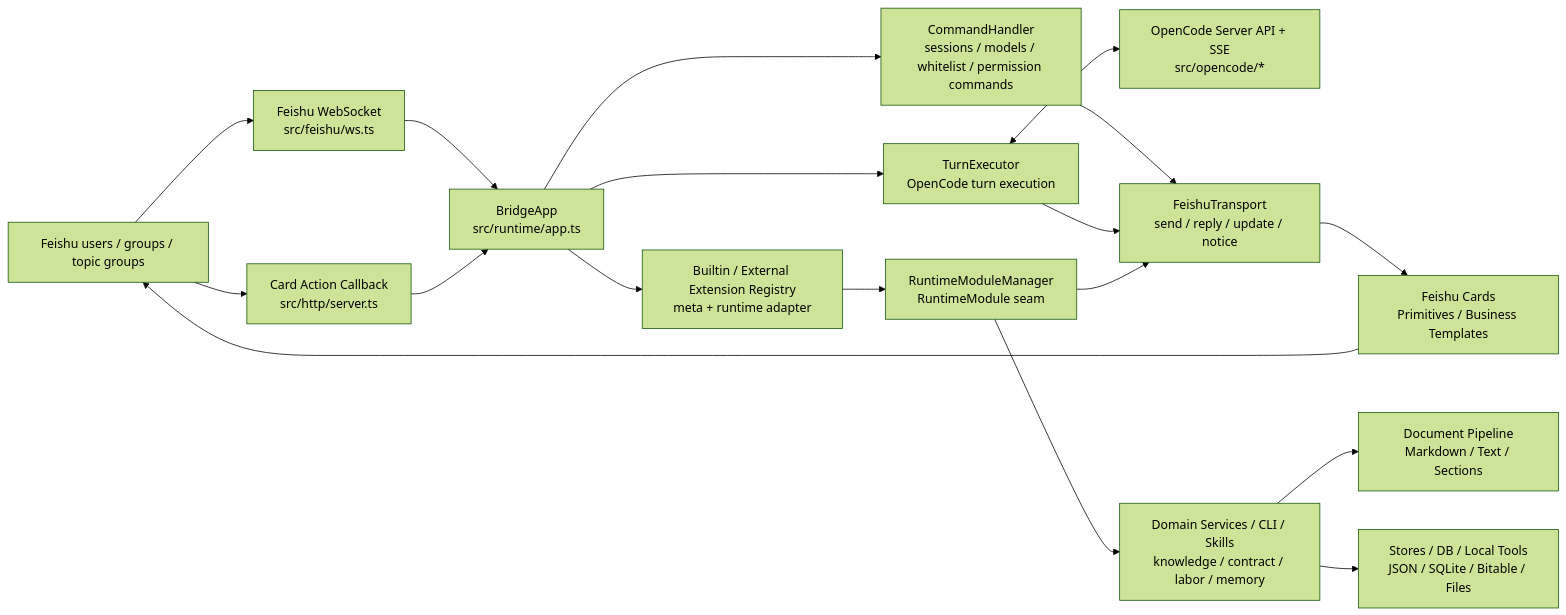
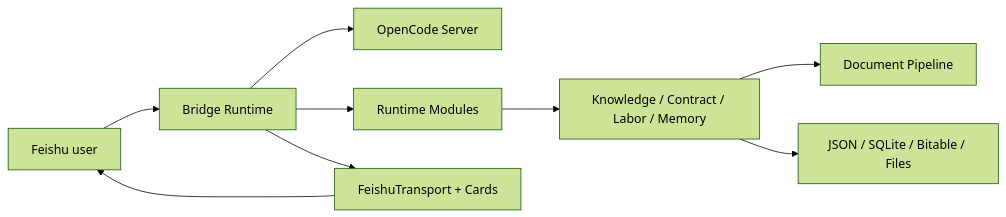
One commit to Clukay-Fun/feishu-opencode-bridge changed the diagram in README.en.md. Above: the diagram before and after it, drawn with Mermaid (forest theme). The commit also changed other lines of this file and 23 other files, not shown here.

````diff
--- a/README.en.md
+++ b/README.en.md
@@ -75,24 +105,11 @@
 ```mermaid
 flowchart LR
-    user["Feishu users / groups / topic groups"] --> ws["Feishu WebSocket<br/>src/feishu/ws.ts"]
-    user --> callback["Card Action Callback<br/>src/http/server.ts"]
-
-    ws --> app["BridgeApp<br/>src/runtime/app.ts"]
-    callback --> app
-
-    app --> command["CommandHandler<br/>sessions / models / whitelist / permission commands"]
-    app --> executor["TurnExecutor<br/>OpenCode turn execution"]
-    app --> extensions["Builtin / External Extension Registry<br/>meta + runtime adapter"]
-    extensions --> modules["RuntimeModuleManager<br/>RuntimeModule seam"]
-
-    executor <--> opencode["OpenCode Server API + SSE<br/>src/opencode/*"]
-    modules --> services["Domain Services / CLI / Skills<br/>knowledge / contract / labor / memory"]
-    services --> pipeline["Document Pipeline<br/>Markdown / Text / Sections"]
-    services --> stores["Stores / DB / Local Tools<br/>JSON / SQLite / Bitable / Files"]
-
-    command --> transport["FeishuTransport<br/>send / reply / update / notice"]
-    executor --> transport
-    modules --> transport
-    transport --> cards["Feishu Cards<br/>Primitives / Business Templates"]
-    cards --> user
+    user["Feishu user"] --> bridge["Bridge Runtime"]
+    bridge --> opencode["OpenCode Server"]
+    bridge --> modules["Runtime Modules"]
+    modules --> services["Knowledge / Contract / Labor / Memory"]
+    services --> pipeline["Document Pipeline"]
+    services --> stores["JSON / SQLite / Bitable / Files"]
+    bridge --> feishu["FeishuTransport + Cards"]
+    feishu --> user
 ```
````
